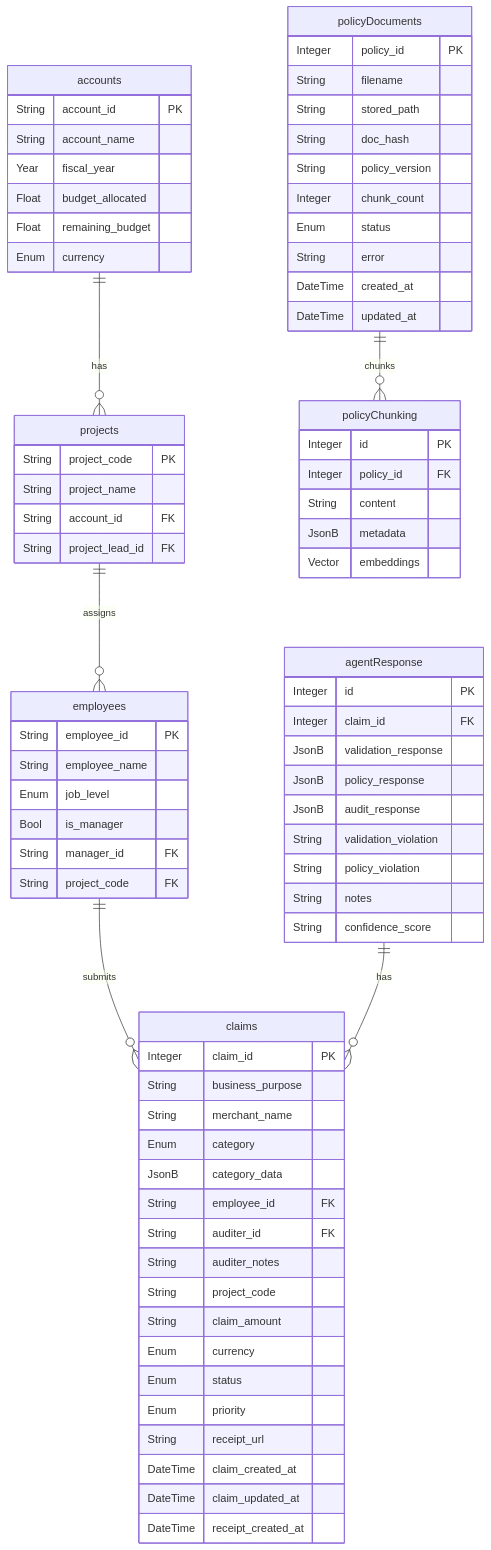
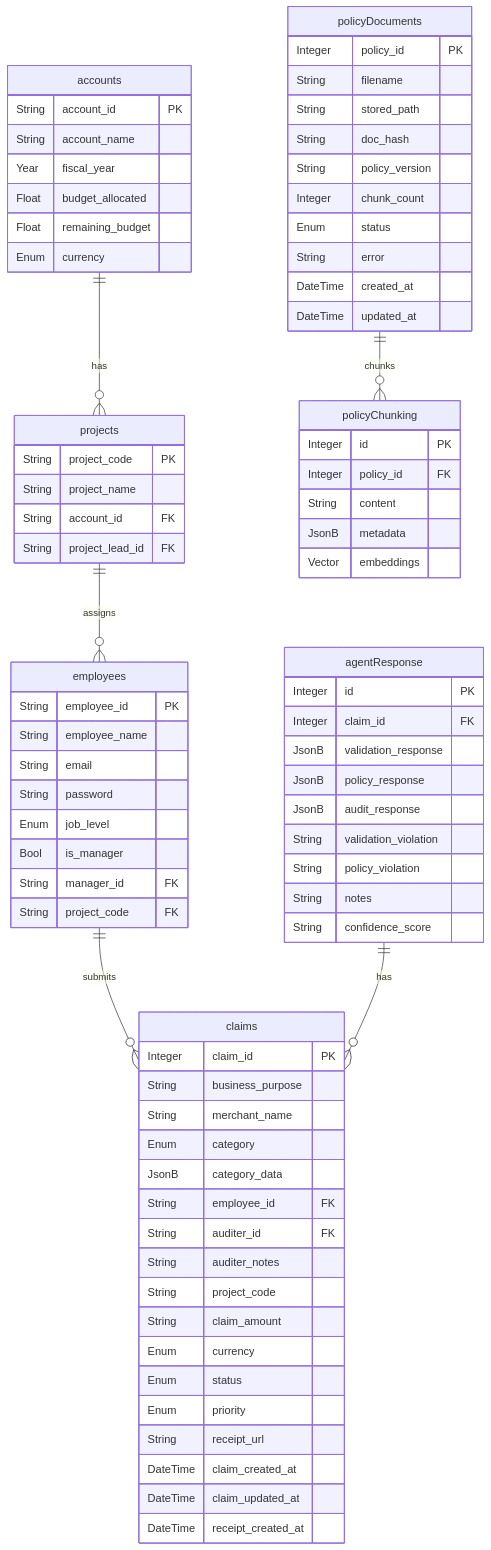
The diagram in docs/schemas/database-schema.md (sreyas-dev-w/ai-expense-audit-assistant), drawn with Mermaid before and after one commit. The commit also changed other lines of this file and 66 other files, not shown here.

```diff
--- a/docs/schemas/database-schema.md
+++ b/docs/schemas/database-schema.md
@@ -27,6 +27,8 @@
     employees {
         String employee_id PK
         String employee_name
+        String email
+        String password
         Enum job_level
         Bool is_manager
         String manager_id FK
```
